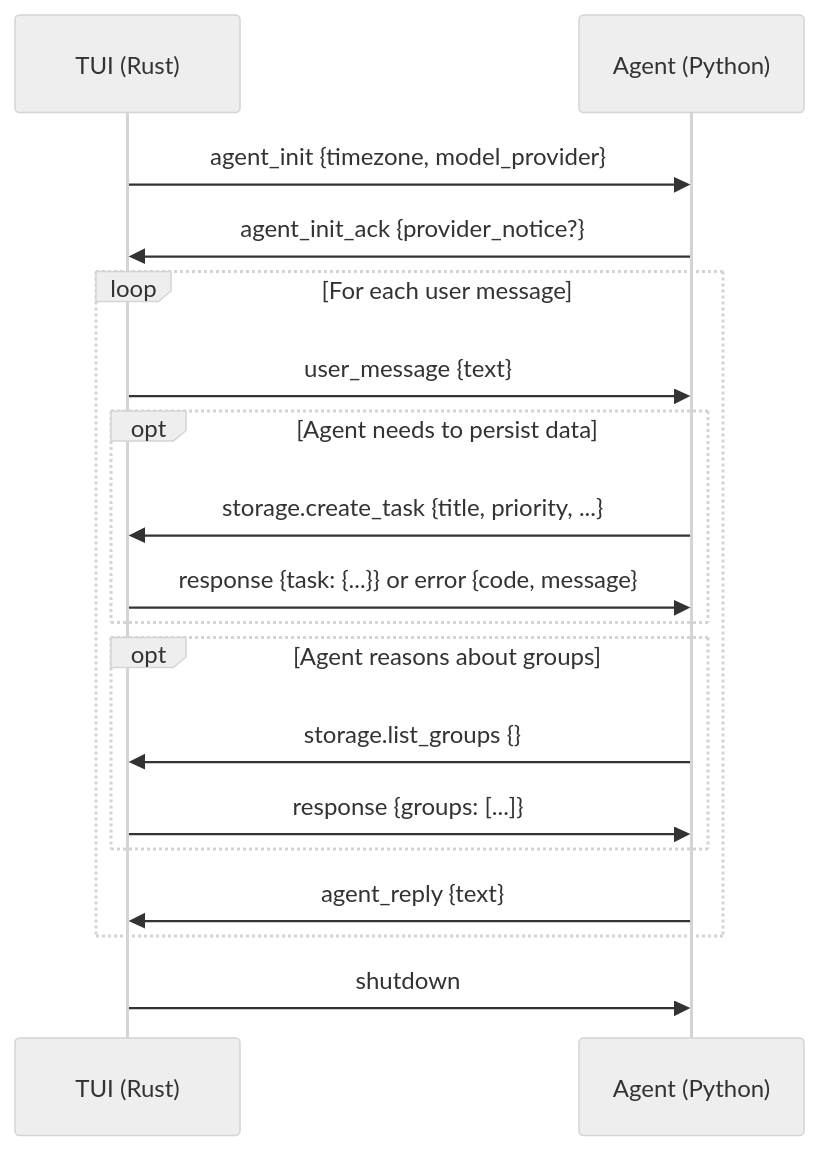
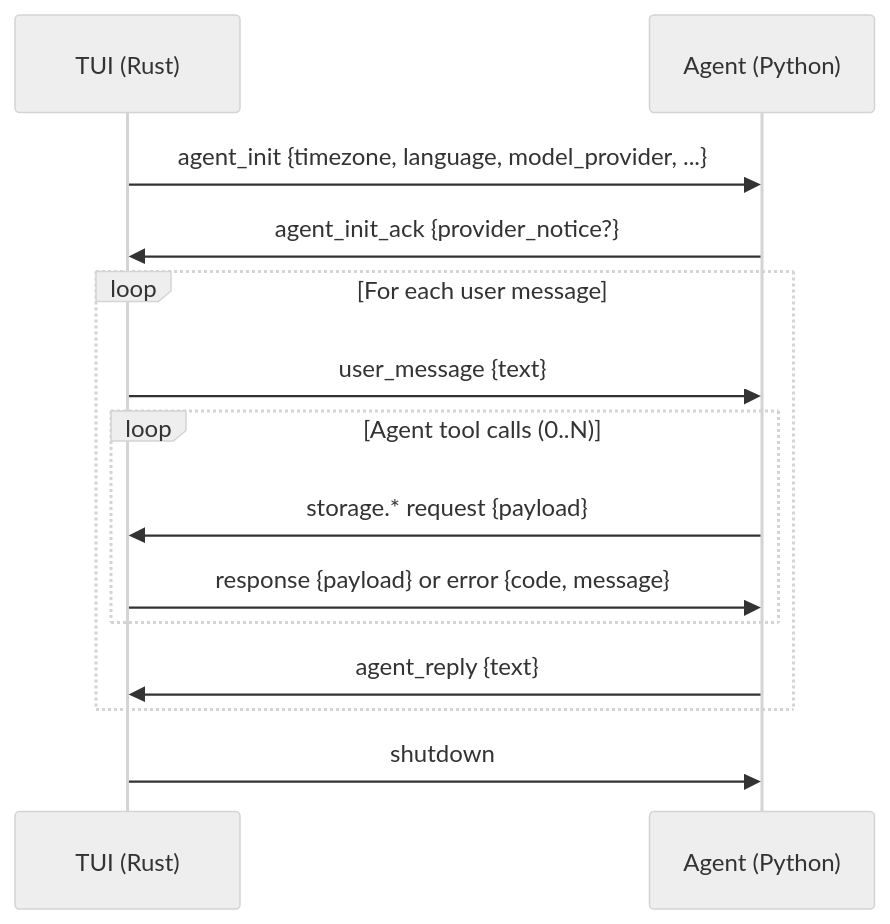
The third of 6 diagrams in docs/architecture.md (ramtoearth/jinx), drawn with Mermaid (neutral theme) before and after one commit. The commit also changed other lines of this file, not shown here.

Commit message:
docs: rewrite architecture.md with current system design (#30)

````diff
--- a/docs/architecture.md
+++ b/docs/architecture.md
@@ -67,26 +156,21 @@
 ```mermaid
 sequenceDiagram
     participant TUI as TUI (Rust)
     participant AG as Agent (Python)
 
-    TUI->>AG: agent_init {timezone, model_provider}
+    TUI->>AG: agent_init {timezone, language, model_provider, ...}
     AG->>TUI: agent_init_ack {provider_notice?}
 
     loop For each user message
         TUI->>AG: user_message {text}
-        
-        opt Agent needs to persist data
-            AG->>TUI: storage.create_task {title, priority, ...}
-            TUI->>AG: response {task: {...}} or error {code, message}
-        end
 
-        opt Agent reasons about groups
-            AG->>TUI: storage.list_groups {}
-            TUI->>AG: response {groups: [...]}
+        loop Agent tool calls (0..N)
+            AG->>TUI: storage.* request {payload}
+            TUI->>AG: response {payload} or error {code, message}
         end
 
         AG->>TUI: agent_reply {text}
     end
 
     TUI->>AG: shutdown
 ```
````
